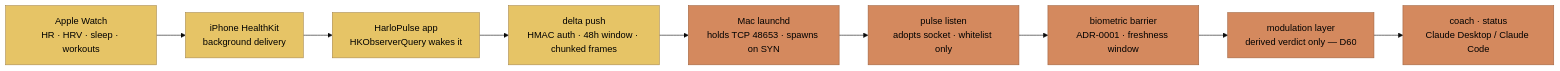
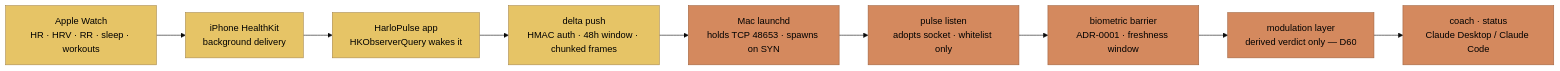
The second of 13 diagrams in README.md (JosephOIbrahim/Harlo), drawn with Mermaid (base theme) before and after one commit. The commit also changed other lines of this file, not shown here.

First line of the commit message:
docs(readme): show respiratory rate in the biometric-loop diagrams

````diff
--- a/README.md
+++ b/README.md
@@ -162,14 +162,14 @@
 ```mermaid
 flowchart LR
-    W["Apple Watch<br/>HR · HRV · sleep · workouts"]:::runtime --> HK["iPhone HealthKit<br/>background delivery"]:::runtime
+    W["Apple Watch<br/>HR · HRV · RR · sleep · workouts"]:::runtime --> HK["iPhone HealthKit<br/>background delivery"]:::runtime
     HK --> APP["HarloPulse app<br/>HKObserverQuery wakes it"]:::runtime
     APP --> PUSH["delta push<br/>HMAC auth · 48h window · chunked frames"]:::runtime
     PUSH --> LD["Mac launchd<br/>holds TCP 48653 · spawns on SYN"]:::substrate
     LD --> LIS["pulse listen<br/>adopts socket · whitelist only"]:::substrate
     LIS --> BB["biometric barrier<br/>ADR-0001 · freshness window"]:::substrate
     BB --> MOD["modulation layer<br/>derived verdict only — D60"]:::substrate
     MOD --> COACH["coach · status<br/>Claude Desktop / Claude Code"]:::substrate
 
     classDef substrate fill:#d4895e,stroke:#a0623d,color:#000000
     classDef runtime fill:#e6c466,stroke:#a8884a,color:#000000
 ```
````
